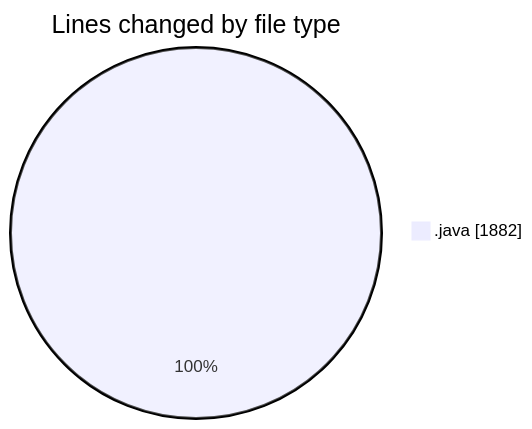
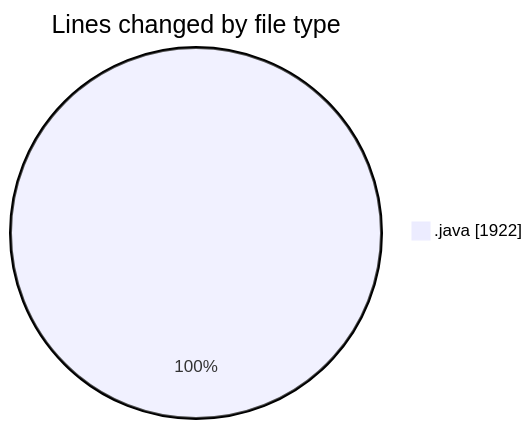
Before and after one commit to charlie-sans/code-tracking: the first of 2 diagrams in 2025-02-18/masm/README.md, drawn with Mermaid. The commit also changed other lines of this file and 1 other file, not shown here.

````diff
--- a/2025-02-18/masm/README.md
+++ b/2025-02-18/masm/README.md
@@ -24,5 +24,5 @@
 ```mermaid
 pie showData
 title Lines changed by file type
-".java" : 1882
+".java" : 1922
 ```
````
